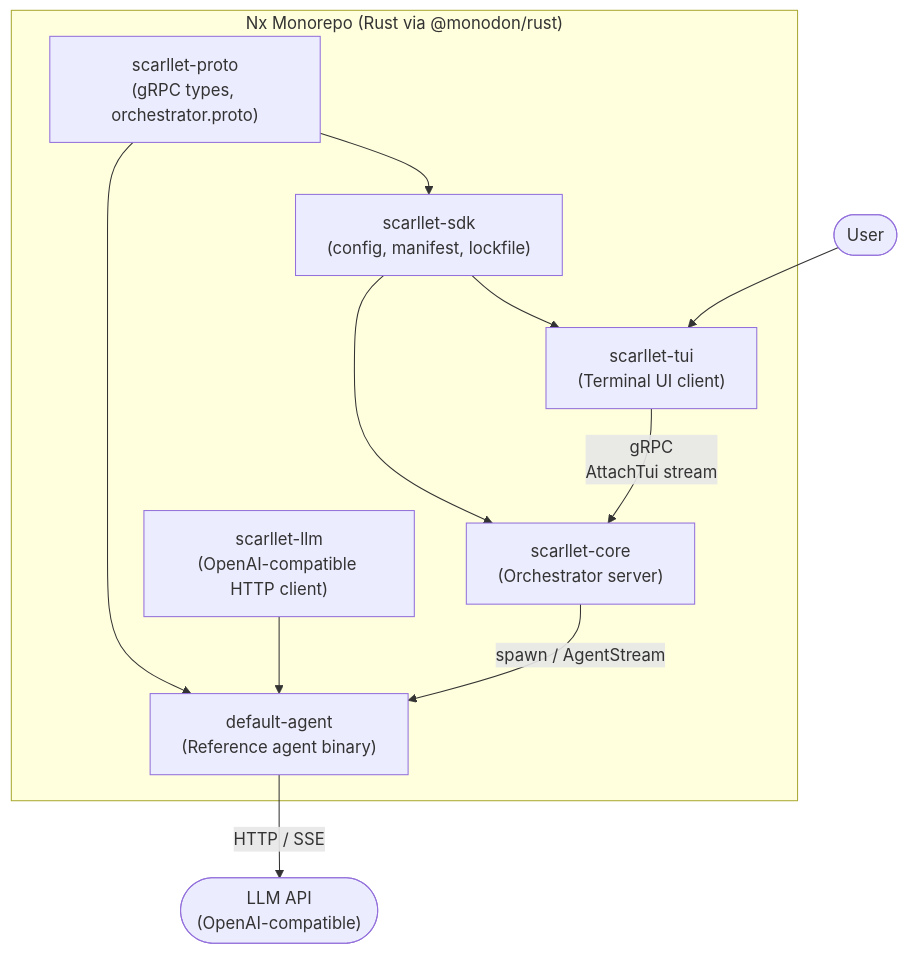
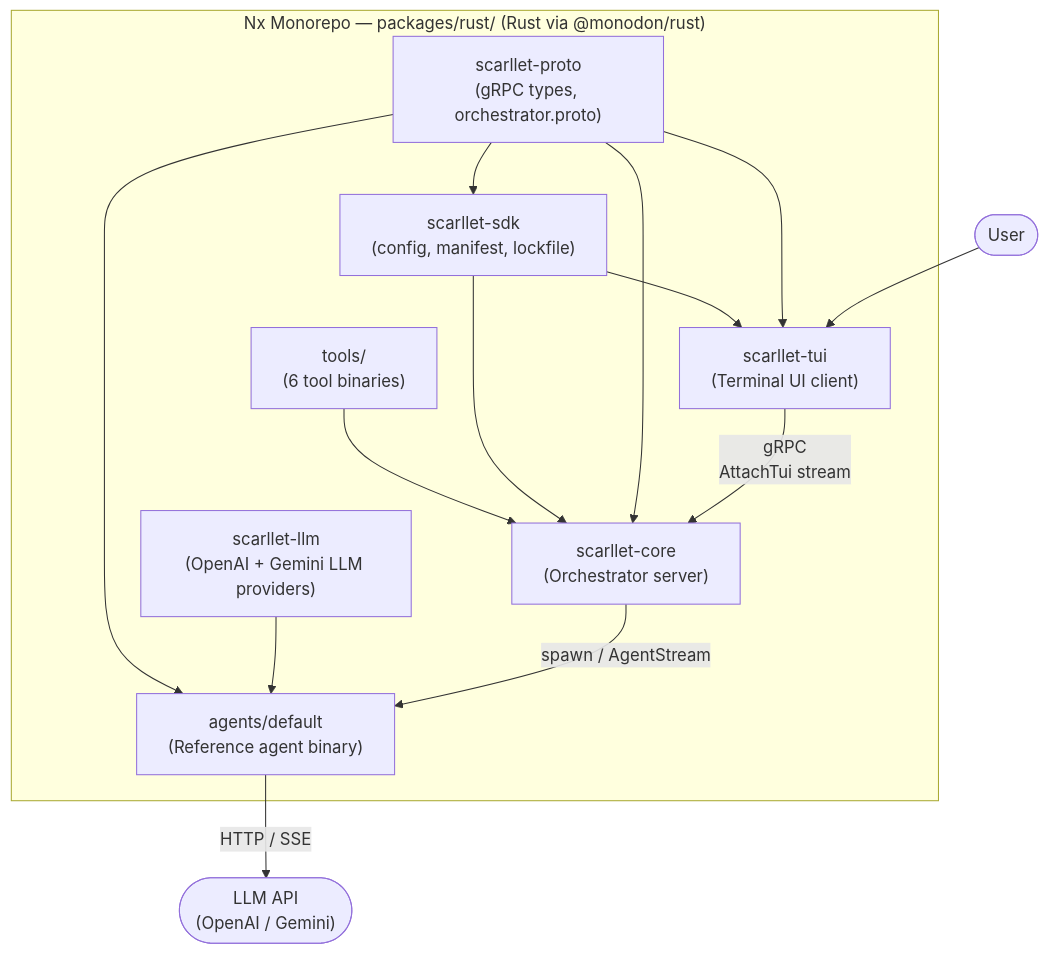
The diagram in README.md (joaoscheuermann/scarllet), drawn with Mermaid before and after one commit. The commit also changed other lines of this file, not shown here.

````diff
--- a/README.md
+++ b/README.md
@@ -13,22 +13,26 @@
 ```mermaid
 flowchart TB
-  subgraph workspace ["Nx Monorepo (Rust via @monodon/rust)"]
+  subgraph workspace ["Nx Monorepo — packages/rust/ (Rust via @monodon/rust)"]
     proto["scarllet-proto\n(gRPC types, orchestrator.proto)"]
     sdk["scarllet-sdk\n(config, manifest, lockfile)"]
     core["scarllet-core\n(Orchestrator server)"]
     tui["scarllet-tui\n(Terminal UI client)"]
-    llm["scarllet-llm\n(OpenAI-compatible HTTP client)"]
-    agent["default-agent\n(Reference agent binary)"]
+    llm["scarllet-llm\n(OpenAI + Gemini LLM providers)"]
+    agent["agents/default\n(Reference agent binary)"]
+    tools["tools/\n(6 tool binaries)"]
+    tools --> core
 
     proto --> sdk
     sdk --> core
     sdk --> tui
+    proto --> core
+    proto --> tui
     proto --> agent
     llm --> agent
   end
 
   user(["User"]) --> tui
   tui -- "gRPC\nAttachTui stream" --> core
   core -- "spawn / AgentStream" --> agent
-  agent -- "HTTP / SSE" --> llmAPI(["LLM API\n(OpenAI-compatible)"])
+  agent -- "HTTP / SSE" --> llmAPI(["LLM API\n(OpenAI / Gemini)"])
 ```
````
